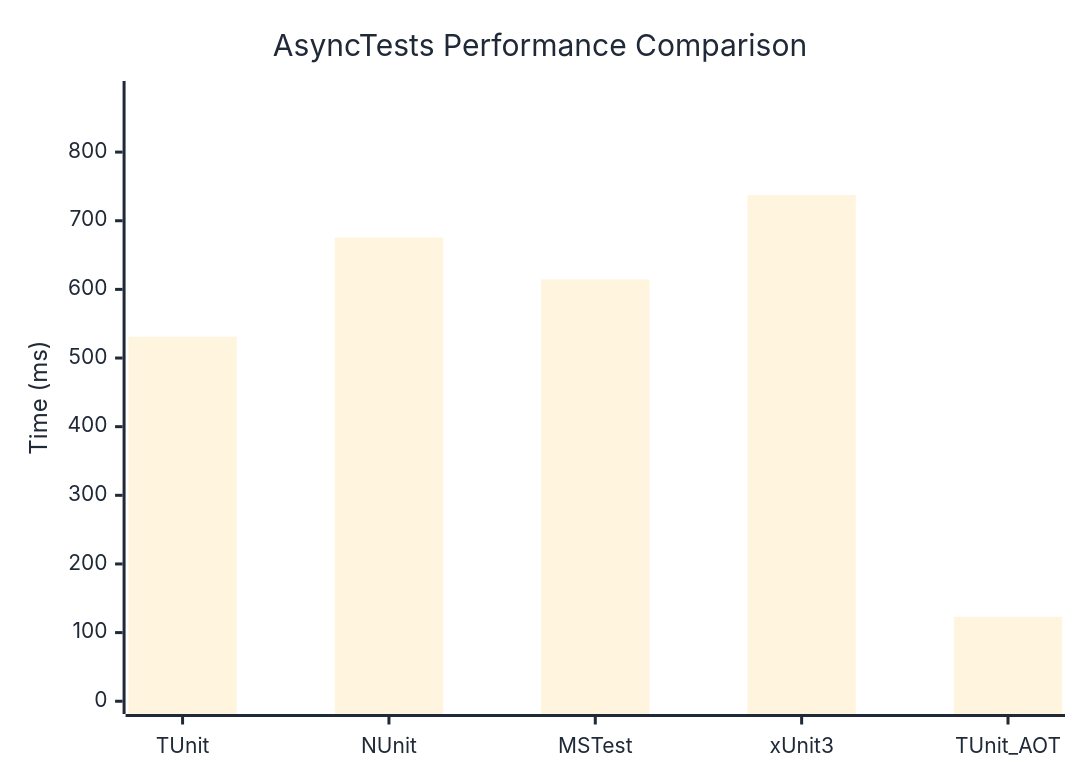
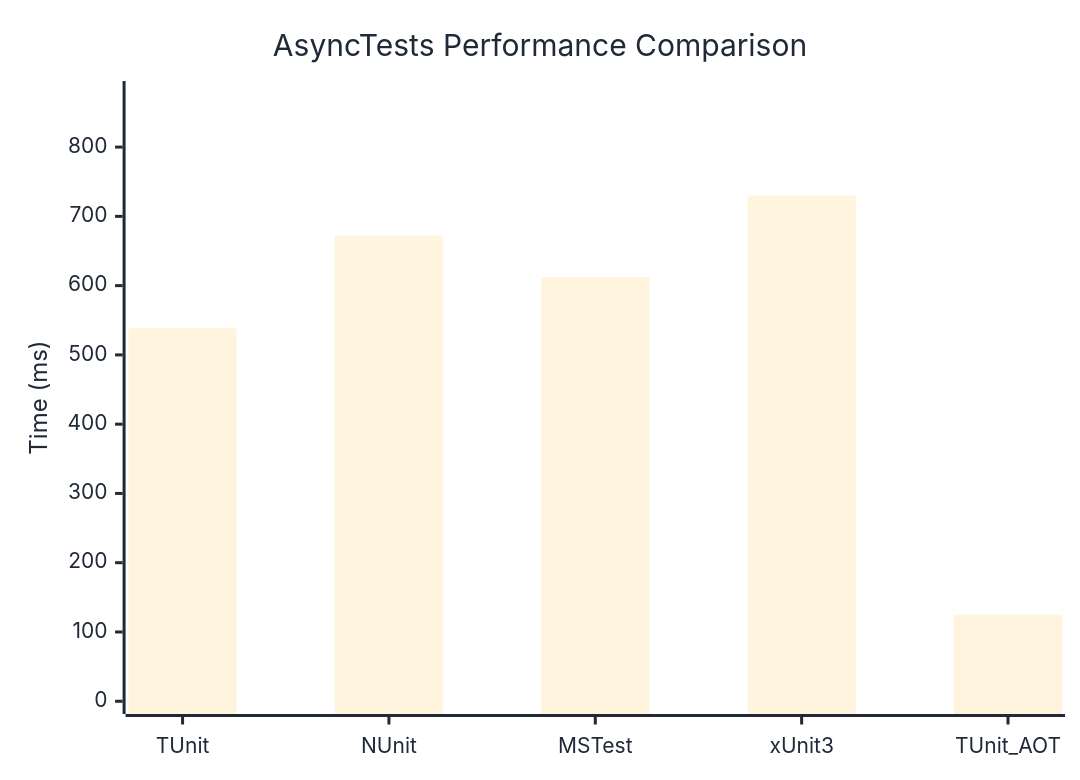
Before and after one commit to weiyilai/TUnit: the diagram in docs/docs/benchmarks/AsyncTests.md, drawn with Mermaid. The commit also changed other lines of this file and 17 other files, not shown here.

````diff
--- a/docs/docs/benchmarks/AsyncTests.md
+++ b/docs/docs/benchmarks/AsyncTests.md
@@ -27,37 +27,37 @@
 ```mermaid
 %%{init: {
   'theme':'base',
   'themeVariables': {
     'primaryColor': '#2563eb',
     'primaryTextColor': '#1f2937',
     'primaryBorderColor': '#1e40af',
     'lineColor': '#6b7280',
     'secondaryColor': '#7c3aed',
     'tertiaryColor': '#dc2626',
     'background': '#ffffff',
     'mainBkg': '#2563eb',
     'secondBkg': '#7c3aed',
     'tertiaryBkg': '#dc2626',
     'clusterBkg': '#f3f4f6',
     'edgeLabelBackground': '#ffffff',
     'tertiaryTextColor': '#1f2937',
     'pie1': '#2563eb',
     'pie2': '#7c3aed',
     'pie3': '#dc2626',
     'pie4': '#f59e0b',
     'pie5': '#10b981',
     'pie6': '#06b6d4',
     'pie7': '#ec4899',
     'pie8': '#6366f1',
     'pie9': '#84cc16',
     'pie10': '#f97316',
     'pie11': '#14b8a6',
     'pie12': '#a855f7'
   }
 }}%%
 xychart-beta
   title "AsyncTests Performance Comparison"
   x-axis ["TUnit", "NUnit", "MSTest", "xUnit3", "TUnit_AOT"]
-  y-axis "Time (ms)" 0 --> 885
-  bar [531, 675.5, 614.5, 737.4, 123]
+  y-axis "Time (ms)" 0 --> 877
+  bar [538.3, 672.4, 612.1, 730.2, 124.9]
 ```
````
